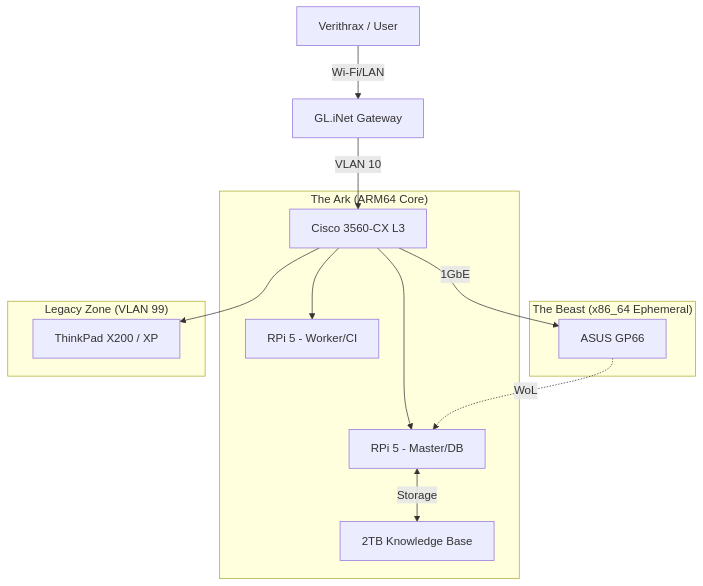
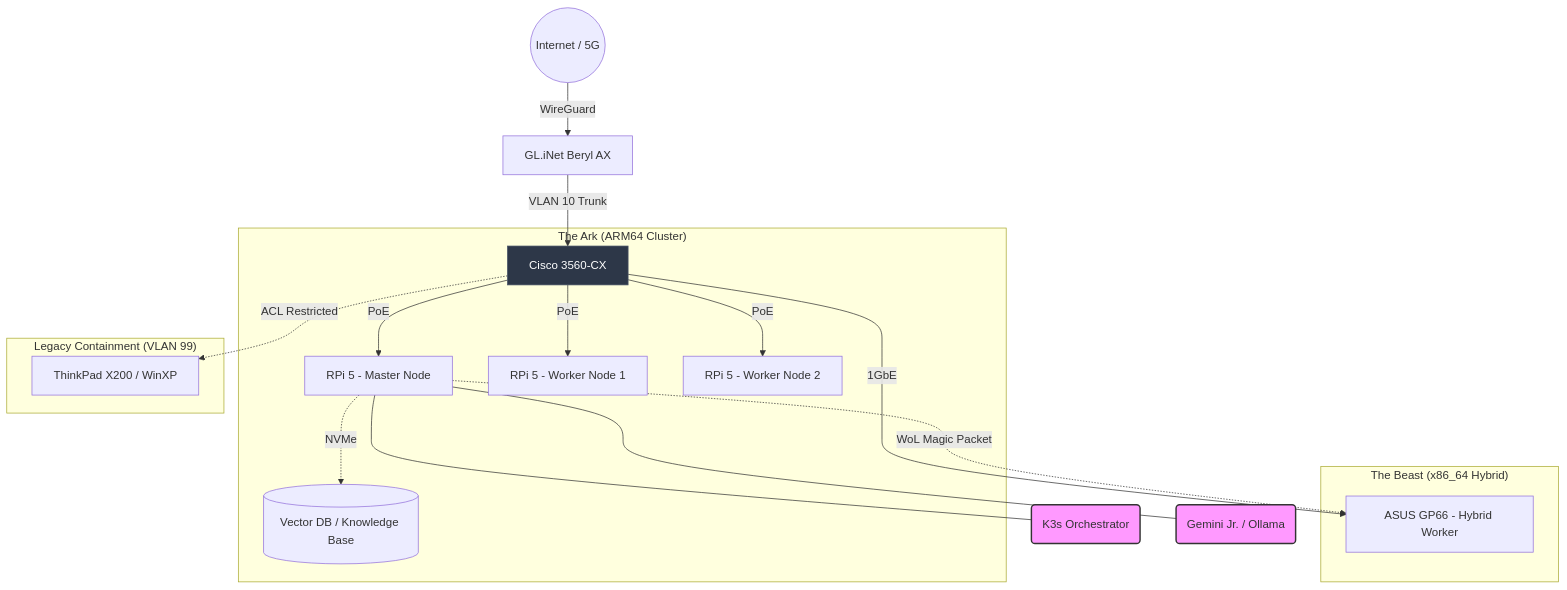
One commit to EricXPalace/verithrax-ark changed the diagram in README.md. Above: the diagram before and after it, drawn with Mermaid.

Commit message:
Update mermaid graph

````diff
--- a/README.md
+++ b/README.md
@@ -48,20 +48,37 @@
 ```mermaid
 graph TD
-    User[Verithrax / User] -->|Wi-Fi/LAN| Gateway[GL.iNet Gateway]
-    Gateway -->|VLAN 10| CoreSwitch[Cisco 3560-CX L3]
+    %% Network Layer
+    Internet((Internet / 5G)) -->|WireGuard| Gateway[GL.iNet Beryl AX]
+    Gateway -->|VLAN 10 Trunk| CoreSwitch[Cisco 3560-CX]
     
-    subgraph "The Ark (ARM64 Core)"
-        CoreSwitch --> RPi1[RPi 5 - Master/DB]
-        CoreSwitch --> RPi2[RPi 5 - Worker/CI]
-        RPi1 <-->|Storage| NVMe[2TB Knowledge Base]
+    %% Compute Layer - The Ark
+    subgraph "The Ark (ARM64 Cluster)"
+        style CoreSwitch fill:#2D3748,stroke:#4A5568,color:#fff
+        CoreSwitch -->|PoE| RPi1[RPi 5 - Master Node]
+        CoreSwitch -->|PoE| RPi2[RPi 5 - Worker Node 1]
+        CoreSwitch -->|PoE| RPi3[RPi 5 - Worker Node 2]
+        
+        RPi1 -.->|NVMe| DB[(Vector DB / Knowledge Base)]
     end
     
-    subgraph "The Beast (x86_64 Ephemeral)"
-        CoreSwitch -->|1GbE| Laptop[ASUS GP66]
-        Laptop -.->|WoL| RPi1
+    %% Compute Layer - The Beast
+    subgraph "The Beast (x86_64 Hybrid)"
+        Laptop[ASUS GP66 - Hybrid Worker]
+        CoreSwitch -->|1GbE| Laptop
+        RPi1 -.->|WoL Magic Packet| Laptop
     end
     
-    subgraph "Legacy Zone (VLAN 99)"
-        CoreSwitch --> LegacyPC[ThinkPad X200 / XP]
+    %% Legacy Layer
+    subgraph "Legacy Containment (VLAN 99)"
+        Legacy[ThinkPad X200 / WinXP]
+        CoreSwitch -.->|ACL Restricted| Legacy
     end
+    
+    %% Services
+    classDef service fill:#f9f,stroke:#333,stroke-width:2px;
+    K3s(K3s Orchestrator):::service
+    Ollama(Gemini Jr. / Ollama):::service
+    
+    RPi1 --- K3s
+    RPi1 --- Ollama
 ```
````
